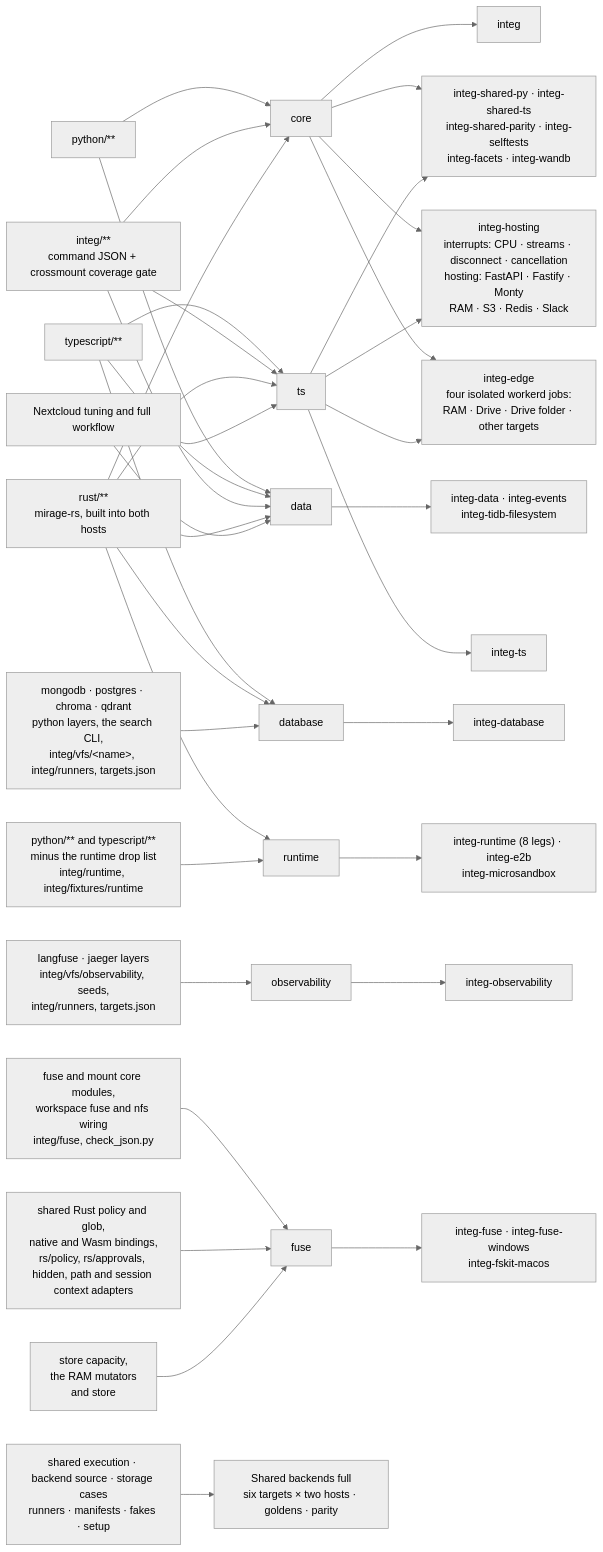
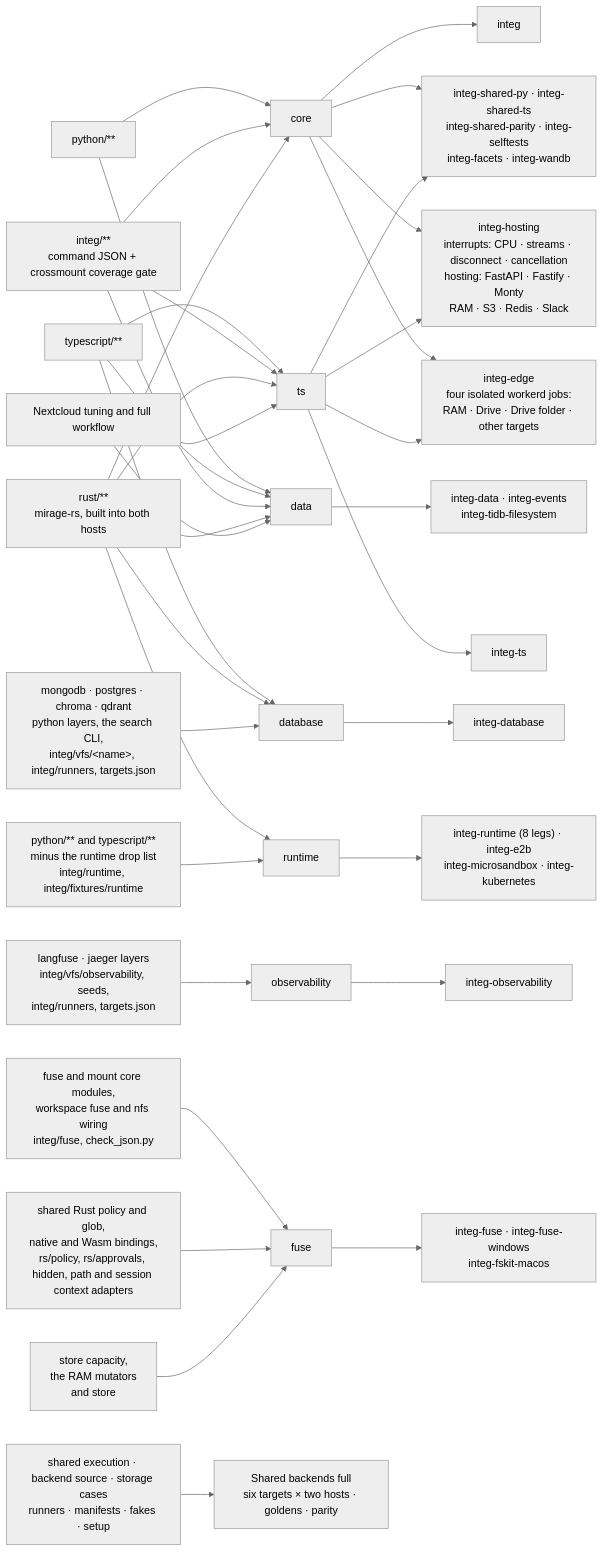
The diagram in integ/README.md (strukto-ai/mirage), drawn with Mermaid (neutral theme) before and after one commit. The commit also changed 32 other files, not shown here.

````diff
--- a/integ/README.md
+++ b/integ/README.md
@@ -414,25 +414,25 @@
 ```mermaid
 flowchart LR
     PY["python/**"] --> core & data
     TSX["typescript/**"] --> ts & data & database
     IN["integ/**<br/>command JSON + crossmount coverage gate"] --> core & ts & data
     RS["rust/**<br/>mirage-rs, built into both hosts"] --> core & ts & data & database & runtime
     DB["mongodb · postgres · chroma · qdrant<br/>python layers, the search CLI,<br/>integ/vfs/&lt;name&gt;, integ/runners, targets.json"] --> database
     OB["langfuse · jaeger layers<br/>integ/vfs/observability, seeds,<br/>integ/runners, targets.json"] --> observability
     FS["fuse and mount core modules,<br/>workspace fuse and nfs wiring<br/>integ/fuse, check_json.py"] --> fuse
     FP["shared Rust policy and glob,<br/>native and Wasm bindings,<br/>rs/policy, rs/approvals, hidden, path and session context adapters"] --> fuse
     CA["store capacity,<br/>the RAM mutators<br/>and store"] --> fuse
     RT["python/** and typescript/**<br/>minus the runtime drop list<br/>integ/runtime, integ/fixtures/runtime"] --> runtime
     core --> J1["integ"]
     ts --> J2["integ-ts"]
     core & ts --> J3["integ-shared-py · integ-shared-ts<br/>integ-shared-parity · integ-selftests<br/>integ-facets · integ-wandb"]
     core & ts --> HOST["integ-hosting<br/>interrupts: CPU · streams · disconnect · cancellation<br/>hosting: FastAPI · Fastify · Monty<br/>RAM · S3 · Redis · Slack"]
     core & ts --> EDGE["integ-edge<br/>four isolated workerd jobs:<br/>RAM · Drive · Drive folder · other targets"]
     NC["Nextcloud tuning and full workflow"] --> ts & data
     SF["shared execution · backend source · storage cases<br/>runners · manifests · fakes · setup"] --> FULL["Shared backends full<br/>six targets × two hosts · goldens · parity"]
     data --> J4["integ-data · integ-events<br/>integ-tidb-filesystem"]
     database --> J5["integ-database"]
     observability --> J6["integ-observability"]
     fuse --> J7["integ-fuse · integ-fuse-windows<br/>integ-fskit-macos"]
-    runtime --> J8["integ-runtime (8 legs) · integ-e2b<br/>integ-microsandbox"]
+    runtime --> J8["integ-runtime (8 legs) · integ-e2b<br/>integ-microsandbox · integ-kubernetes"]
 ```
````
